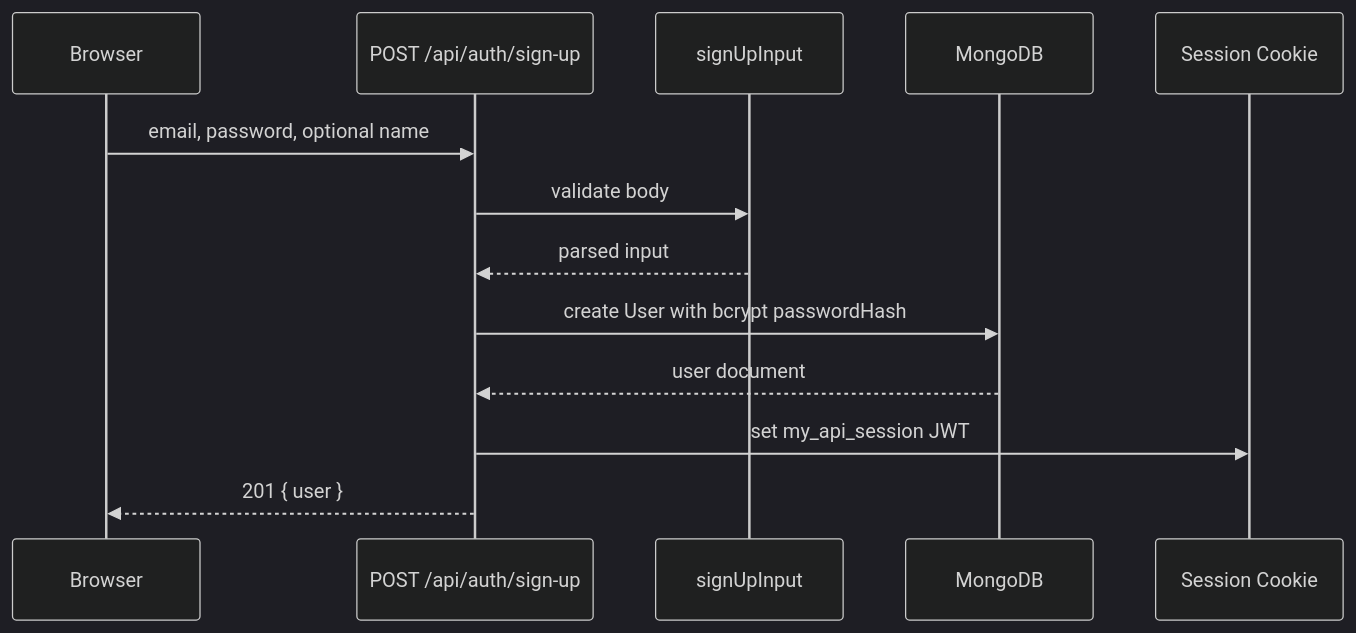
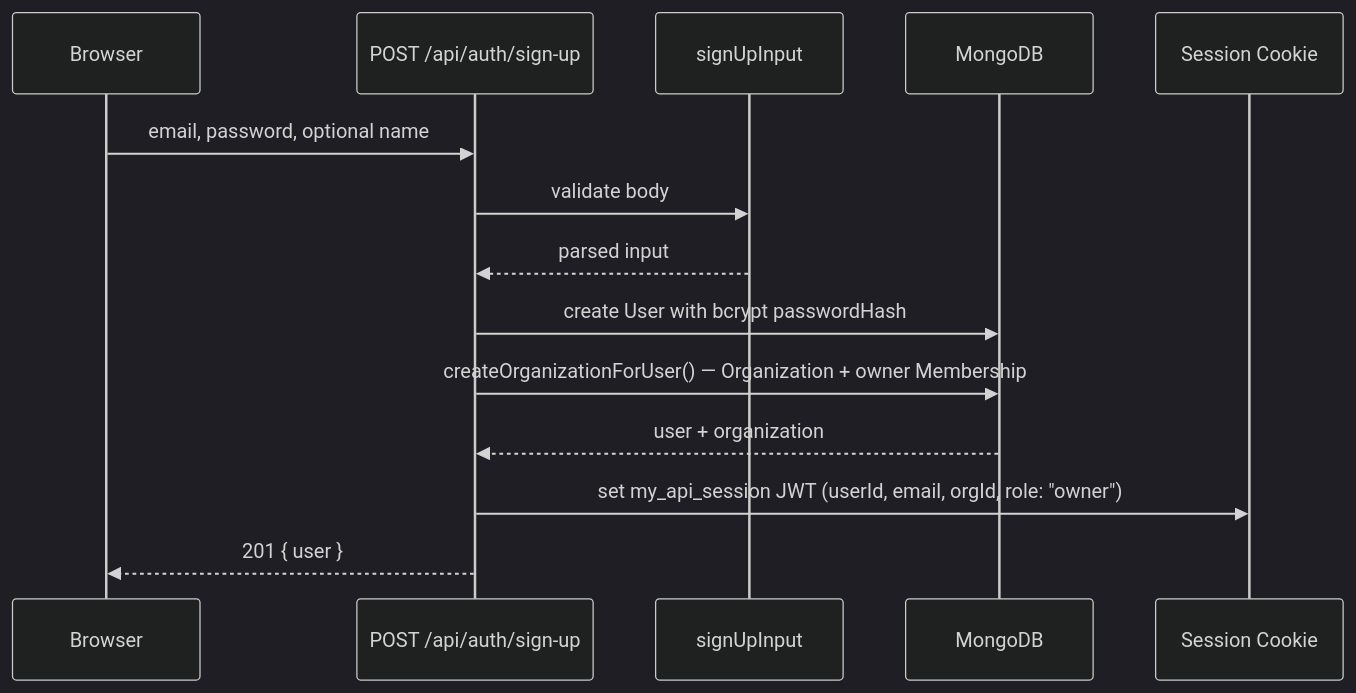
One commit to el-esnawy/my-api changed the first of 3 diagrams in dev-docs/auth-and-security.md. Above: the diagram before and after it, drawn with Mermaid (dark theme). The commit also changed other lines of this file and 90 other files, not shown here.

````diff
--- a/dev-docs/auth-and-security.md
+++ b/dev-docs/auth-and-security.md
@@ -29,16 +36,17 @@
 ```mermaid
 sequenceDiagram
   participant Browser
   participant Route as POST /api/auth/sign-up
   participant Zod as signUpInput
   participant Mongo as MongoDB
   participant Cookie as Session Cookie
 
   Browser->>Route: email, password, optional name
   Route->>Zod: validate body
   Zod-->>Route: parsed input
   Route->>Mongo: create User with bcrypt passwordHash
-  Mongo-->>Route: user document
-  Route->>Cookie: set my_api_session JWT
+  Route->>Mongo: createOrganizationForUser() — Organization + owner Membership
+  Mongo-->>Route: user + organization
+  Route->>Cookie: set my_api_session JWT (userId, email, orgId, role: "owner")
   Route-->>Browser: 201 { user }
 ```
````
